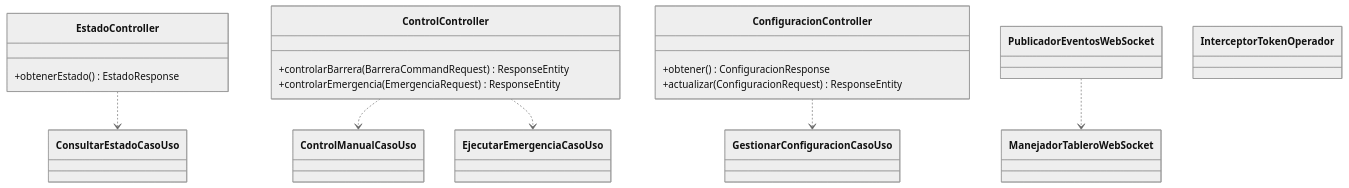
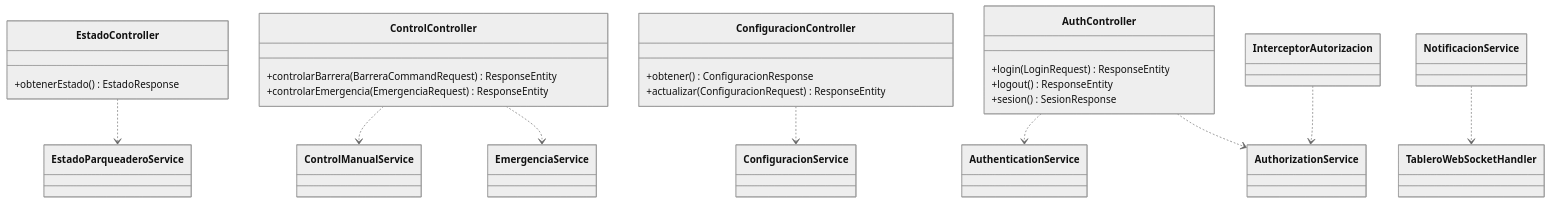
The tenth of 13 diagrams in docs/especificacion_tecnica_smart_parking.md (ElFernanduz/SmartParking), drawn with Mermaid (neutral theme) before and after one commit. The commit also changed other lines of this file and 263 other files, not shown here.

````diff
--- a/docs/especificacion_tecnica_smart_parking.md
+++ b/docs/especificacion_tecnica_smart_parking.md
@@ -1022,23 +1156,31 @@
 ```mermaid
 classDiagram
     class EstadoController {
         +obtenerEstado() EstadoResponse
     }
     class ControlController {
         +controlarBarrera(BarreraCommandRequest) ResponseEntity
         +controlarEmergencia(EmergenciaRequest) ResponseEntity
     }
     class ConfiguracionController {
         +obtener() ConfiguracionResponse
         +actualizar(ConfiguracionRequest) ResponseEntity
     }
-    class ManejadorTableroWebSocket
-    class PublicadorEventosWebSocket
-    class InterceptorTokenOperador
+    class AuthController {
+        +login(LoginRequest) ResponseEntity
+        +logout() ResponseEntity
+        +sesion() SesionResponse
+    }
+    class TableroWebSocketHandler
+    class NotificacionService
+    class InterceptorAutorizacion
 
-    EstadoController ..> ConsultarEstadoCasoUso
-    ControlController ..> ControlManualCasoUso
-    ControlController ..> EjecutarEmergenciaCasoUso
-    ConfiguracionController ..> GestionarConfiguracionCasoUso
-    PublicadorEventosWebSocket ..> ManejadorTableroWebSocket
+    EstadoController ..> EstadoParqueaderoService
+    ControlController ..> ControlManualService
+    ControlController ..> EmergenciaService
+    ConfiguracionController ..> ConfiguracionService
+    AuthController ..> AuthenticationService
+    AuthController ..> AuthorizationService
+    InterceptorAutorizacion ..> AuthorizationService
+    NotificacionService ..> TableroWebSocketHandler
 ```
````
